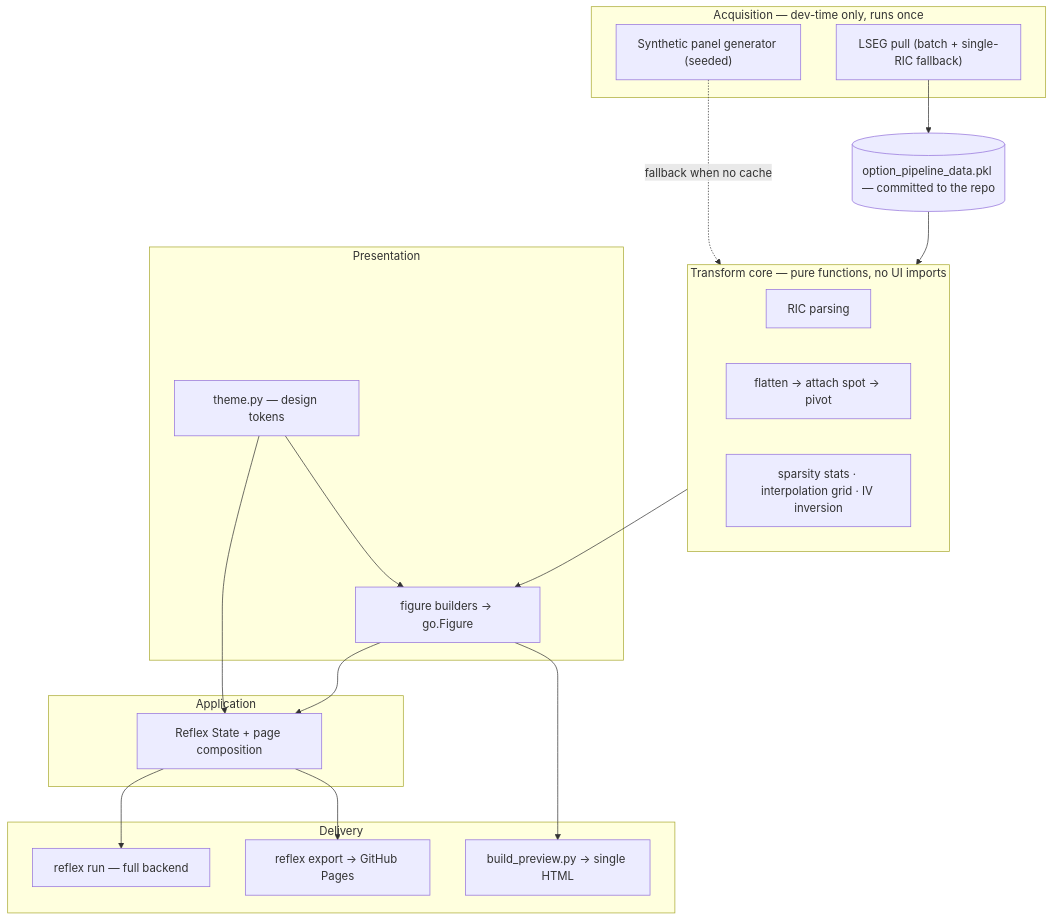
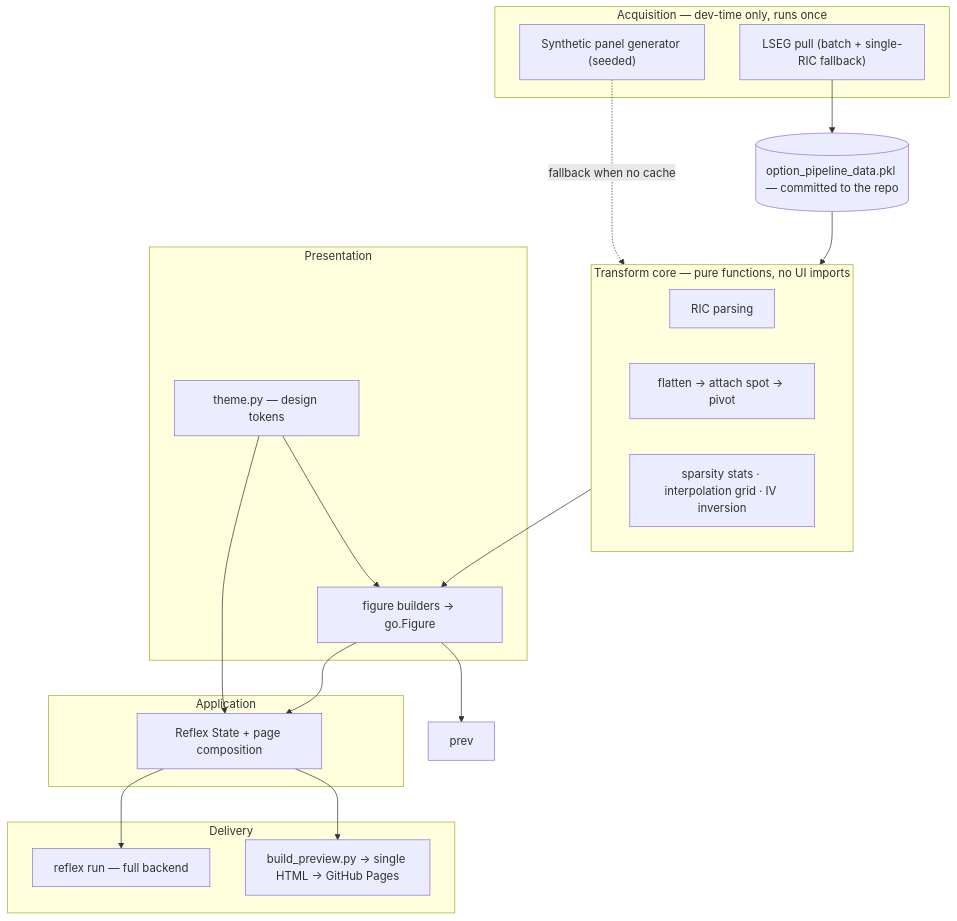
One commit to Jason-Dorman/options-surface-lab changed the first of 2 diagrams in docs/ARCHITECTURE.md. Above: the diagram before and after it, drawn with Mermaid. The commit also changed other lines of this file and 13 other files, not shown here.

````diff
--- a/docs/ARCHITECTURE.md
+++ b/docs/ARCHITECTURE.md
@@ -41,36 +41,35 @@
 ```mermaid
 flowchart TB
     subgraph acq["Acquisition — dev-time only, runs once"]
         lseg["LSEG pull (batch + single-RIC fallback)"]
         synth["Synthetic panel generator (seeded)"]
     end
     cache[("option_pipeline_data.pkl — committed to the repo")]
     subgraph core["Transform core — pure functions, no UI imports"]
         parse["RIC parsing"]
         reshape["flatten → attach spot → pivot"]
         stats["sparsity stats · interpolation grid · IV inversion"]
     end
     subgraph pres["Presentation"]
         theme["theme.py — design tokens"]
         figs["figure builders → go.Figure"]
     end
     subgraph appl["Application"]
         page["Reflex State + page composition"]
     end
     subgraph delivery["Delivery"]
         local["reflex run — full backend"]
-        static["reflex export → GitHub Pages"]
-        prev["build_preview.py → single HTML"]
+        static["build_preview.py → single HTML → GitHub Pages"]
     end
 
     lseg --> cache
     synth -.->|"fallback when no cache"| core
     cache --> core
     core --> figs
     theme --> figs
     theme --> page
     figs --> page
     figs --> prev
     page --> local
     page --> static
 ```
````
